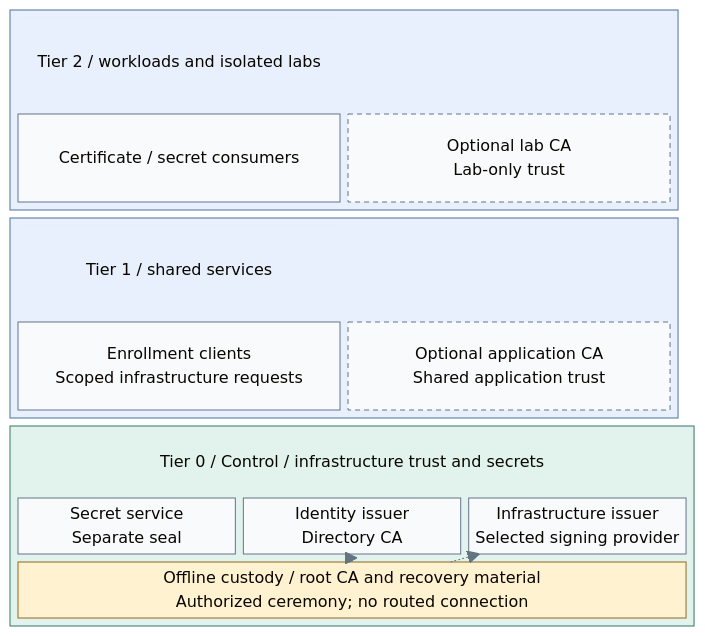
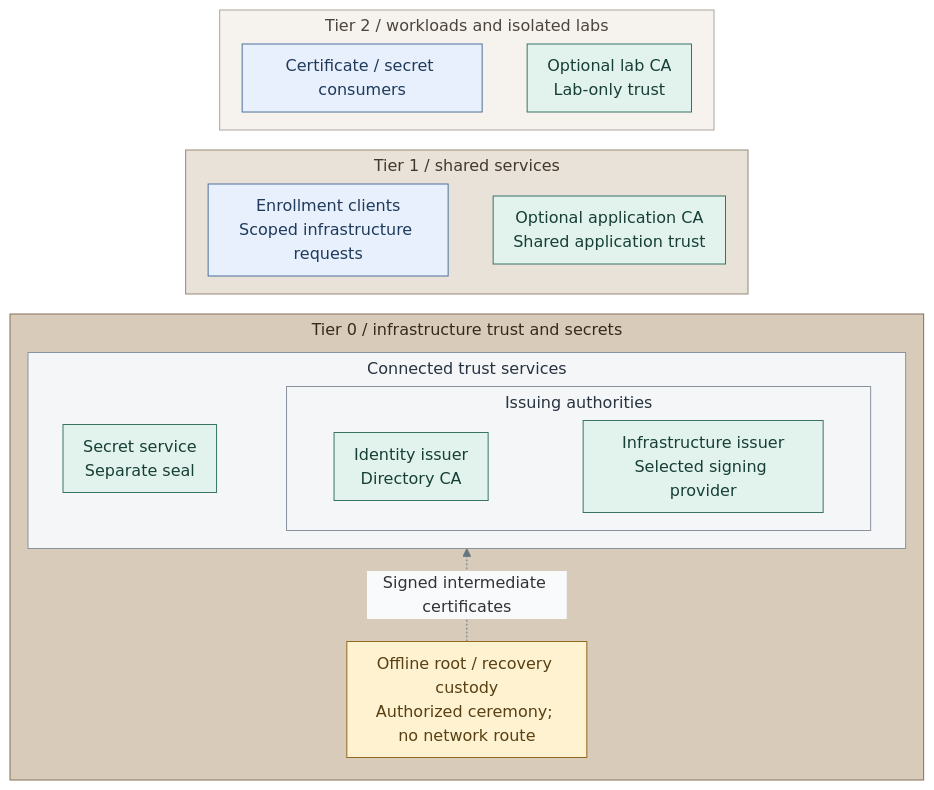
The diagram in docs/01-architecture/08-cryptography/README.md (Rexus/homelab), drawn with Mermaid before and after one commit. The commit also changed other lines of this file and 108 other files, not shown here.

Commit message:
docs(diagrams): unify visual language and opening views

````diff
--- a/docs/01-architecture/08-cryptography/README.md
+++ b/docs/01-architecture/08-cryptography/README.md
@@ -14,40 +14,48 @@
 ```mermaid
-%%{init: {"theme":"base","themeVariables":{"lineColor":"#627581","edgeLabelBackground":"#f8fafc"}}}%%
-block-beta
-  columns 1
-  block:T2
-    columns 2
-    T2Title["Tier 2 / workloads and isolated labs"]:2
+%%{init: {"theme":"base","flowchart":{"nodeSpacing":16,"rankSpacing":20,"padding":10,"subGraphTitleMargin":{"top":4,"bottom":12}},"themeVariables":{"lineColor":"#627581","edgeLabelBackground":"#f8fafc"}}}%%
+flowchart BT
+  subgraph T2["Tier 2 / workloads and isolated labs"]
+    direction LR
     Workloads["Certificate / secret consumers"]
     LabCA["Optional lab CA<br/>Lab-only trust"]
+    Workloads ~~~ LabCA
   end
-  block:T1
-    columns 2
-    T1Title["Tier 1 / shared services"]:2
+  subgraph T1["Tier 1 / shared services"]
+    direction LR
     Enrollment["Enrollment clients<br/>Scoped infrastructure requests"]
     AppCA["Optional application CA<br/>Shared application trust"]
+    Enrollment ~~~ AppCA
   end
-  block:T0
-    columns 3
-    T0Title["Tier 0 / Control / infrastructure trust and secrets"]:3
-    Secrets["Secret service<br/>Separate seal"]
-    Identity["Identity issuer<br/>Directory CA"]
-    Issuer["Infrastructure issuer<br/>Selected signing provider"]
-    Root["Offline custody / root CA and recovery material<br/>Authorized ceremony; no routed connection"]:3
+  subgraph T0["Tier 0 / infrastructure trust and secrets"]
+    direction BT
+    subgraph Online["Connected trust services"]
+      direction LR
+      Secrets["Secret service<br/>Separate seal"]
+      subgraph Issuers["Issuing authorities"]
+        direction LR
+        Identity["Identity issuer<br/>Directory CA"]
+        Issuer["Infrastructure issuer<br/>Selected signing provider"]
+        Identity ~~~ Issuer
+      end
+      Secrets ~~~ Issuers
+    end
+    Root["Offline root / recovery custody<br/>Authorized ceremony; no network route"]
+    Root -. Signed intermediate certificates .-> Online
   end
-  Root -.-> Issuer
-  Root -.-> Identity
+  T0 ~~~ T1 ~~~ T2
   classDef default fill:#f8fafc,stroke:#64748b,color:#1f2937
+  classDef tier0 fill:#d8cbb9,stroke:#83715a,color:#352a1e
+  classDef tier1 fill:#e9e2d8,stroke:#968976,color:#44382a
+  classDef tier2 fill:#f6f3ef,stroke:#aca59b,color:#4b443c
   classDef services fill:#e7f0fc,stroke:#4d719b,color:#203a5b
+  classDef control fill:#e2f3ed,stroke:#397366,color:#173f36
+  classDef group fill:#f5f6f7,stroke:#89939e,color:#273340
   classDef custody fill:#fff2d1,stroke:#926820,color:#584013
-  classDef control fill:#e2f3ed,stroke:#397366,color:#173f36
-  classDef replicas fill:#f8fafc,stroke:#64748b,color:#1f2937,stroke-dasharray:5 4
-  classDef servicesHeading fill:#e7f0fc,stroke:#e7f0fc,color:#203a5b
-  classDef controlHeading fill:#e2f3ed,stroke:#e2f3ed,color:#173f36
-  class T2,T1 services
-  class T0 control
+  class T0 tier0
+  class T1 tier1
+  class T2 tier2
+  class Workloads,Enrollment services
+  class AppCA,LabCA,Secrets,Identity,Issuer control
+  class Online,Issuers group
   class Root custody
-  class AppCA,LabCA replicas
-  class T2Title,T1Title servicesHeading
-  class T0Title controlHeading
 ```
````
